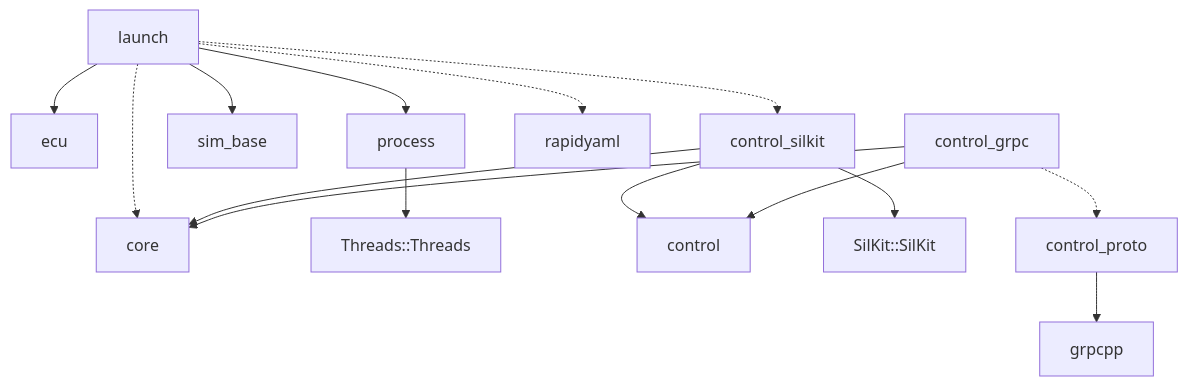
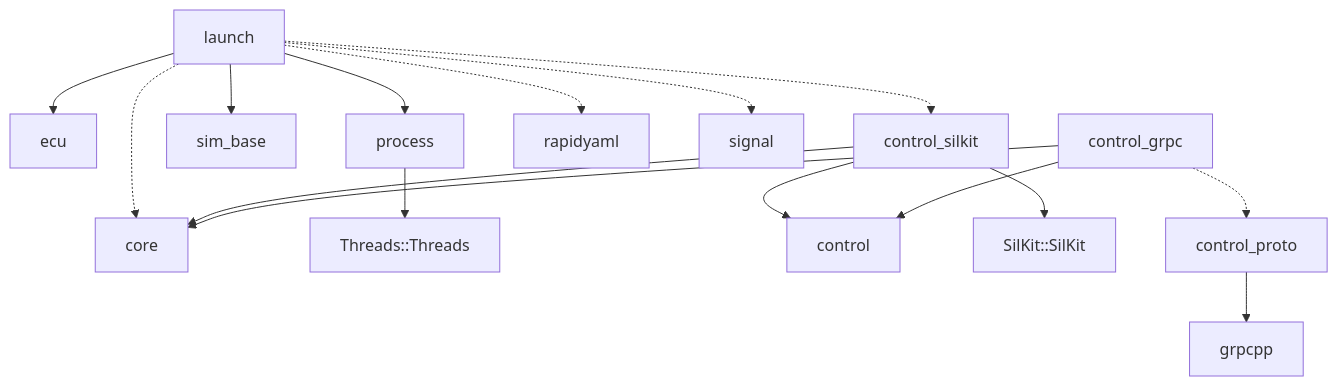
One commit to rahanahu/vehicle-sil changed the sixth of 8 diagrams in docs/code-map.md. Above: the diagram before and after it, drawn with Mermaid. The commit also changed other lines of this file and 24 other files, not shown here.

First line of the commit message:
feat(launch): add the scenario step wave, and vehicle_sil::signal

````diff
--- a/docs/code-map.md
+++ b/docs/code-map.md
@@ -573,17 +587,18 @@
 ```mermaid
 flowchart TD
     launch --> ecu
     launch --> process
     launch --> sim_base
     launch -.-> core
     launch -.-> control_silkit
     launch -.-> rapidyaml
+    launch -.-> signal
     process --> Threads["Threads::Threads"]
     control_silkit --> control
     control_silkit --> core
     control_silkit --> SilKit["SilKit::SilKit"]
     control_grpc --> control
     control_grpc --> core
     control_grpc -.-> control_proto
     control_proto --> grpcpp
 ```
````
